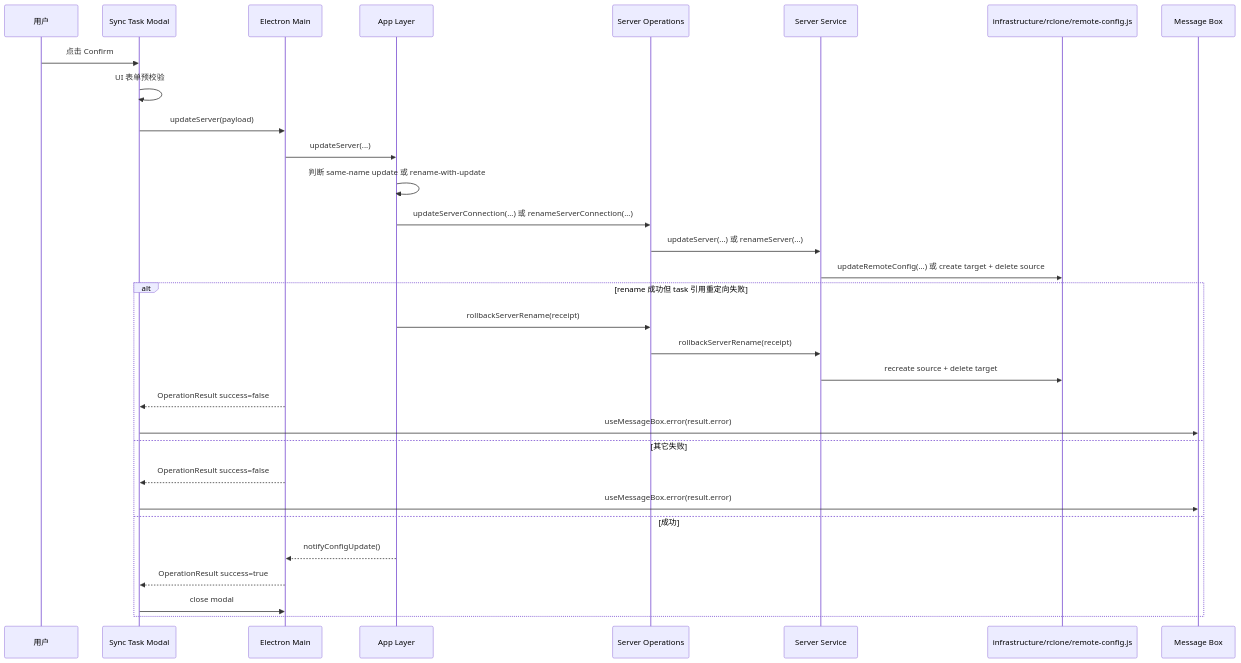
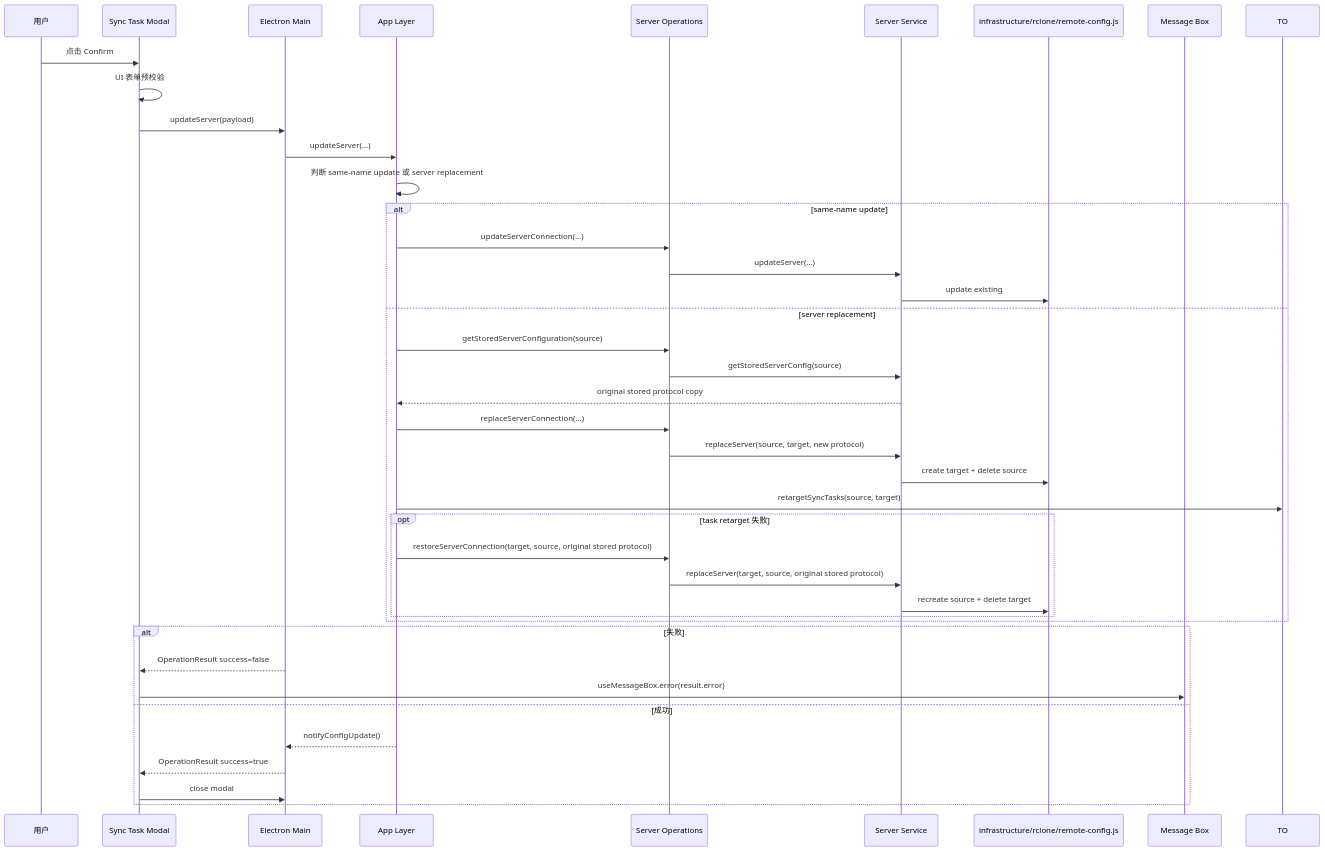
One commit to agalloch21/sync-with-rclone changed diagram 14 of 15 in docs/Flows.md. Above: the diagram before and after it, drawn with Mermaid. The commit also changed other lines of this file and 20 other files, not shown here.

````diff
--- a/docs/Flows.md
+++ b/docs/Flows.md
@@ -452,34 +457,43 @@
 ```mermaid
 sequenceDiagram
   participant U as 用户
   participant M as Sync Task Modal
   participant EM as Electron Main
   participant APP as App Layer
   participant SO as Server Operations
   participant SS as Server Service
   participant RC as infrastructure/rclone/remote-config.js
   participant MB as Message Box
 
   U->>M: 点击 Confirm
   M->>M: UI 表单预校验
   M->>EM: updateServer(payload)
   EM->>APP: updateServer(...)
-  APP->>APP: 判断 same-name update 或 rename-with-update
-  APP->>SO: updateServerConnection(...) 或 renameServerConnection(...)
-  SO->>SS: updateServer(...) 或 renameServer(...)
-  SS->>RC: updateRemoteConfig(...) 或 create target + delete source
-  alt rename 成功但 task 引用重定向失败
-    APP->>SO: rollbackServerRename(receipt)
-    SO->>SS: rollbackServerRename(receipt)
-    SS->>RC: recreate source + delete target
-    EM-->>M: OperationResult success=false
-    M->>MB: useMessageBox.error(result.error)
-  else 其它失败
+  APP->>APP: 判断 same-name update 或 server replacement
+  alt same-name update
+    APP->>SO: updateServerConnection(...)
+    SO->>SS: updateServer(...)
+    SS->>RC: update existing
+  else server replacement
+    APP->>SO: getStoredServerConfiguration(source)
+    SO->>SS: getStoredServerConfig(source)
+    SS-->>APP: original stored protocol copy
+    APP->>SO: replaceServerConnection(...)
+    SO->>SS: replaceServer(source, target, new protocol)
+    SS->>RC: create target + delete source
+    APP->>TO: retargetSyncTasks(source, target)
+    opt task retarget 失败
+      APP->>SO: restoreServerConnection(target, source, original stored protocol)
+      SO->>SS: replaceServer(target, source, original stored protocol)
+      SS->>RC: recreate source + delete target
+    end
+  end
+  alt 失败
     EM-->>M: OperationResult success=false
     M->>MB: useMessageBox.error(result.error)
   else 成功
     APP-->>EM: notifyConfigUpdate()
     EM-->>M: OperationResult success=true
     M->>EM: close modal
   end
 ```
````
